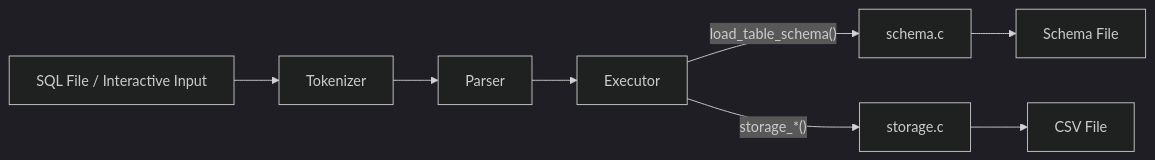
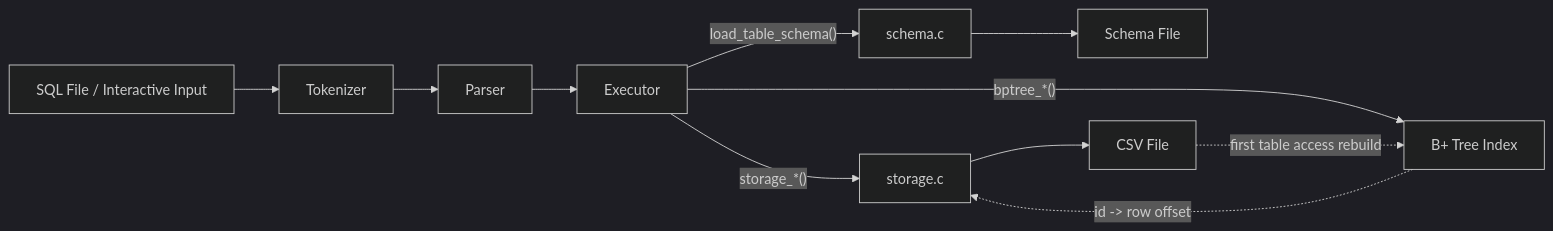
The first of 18 diagrams in README.md (Jungle-12-303/week7-02-sql-index), drawn with Mermaid (dark theme) before and after one commit. The commit also changed other lines of this file and 1 other file, not shown here.

````diff
--- a/README.md
+++ b/README.md
@@ -19,10 +22,13 @@
 ```mermaid
 flowchart LR
     A["SQL File / Interactive Input"] --> B["Tokenizer"]
     B --> C["Parser"]
     C --> D["Executor"]
     D -->|"load_table_schema()"| E["schema.c"]
     D -->|"storage_*()"| F["storage.c"]
-    E --> G["Schema File"]
-    F --> H["CSV File"]
+    D -->|"bptree_*()"| G["B+ Tree Index"]
+    E --> H["Schema File"]
+    F --> I["CSV File"]
+    I -. "first table access rebuild" .-> G
+    G -. "id -> row offset" .-> F
 ```
````
